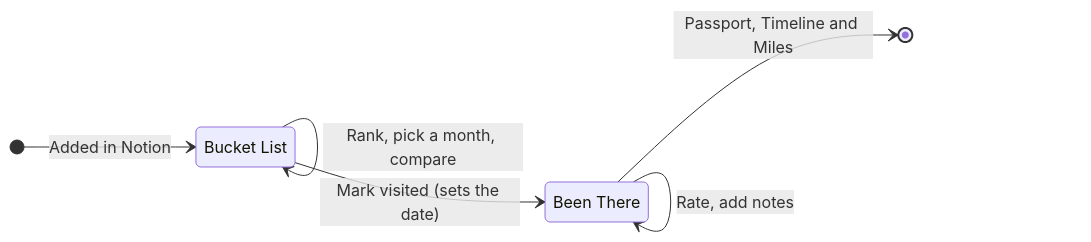
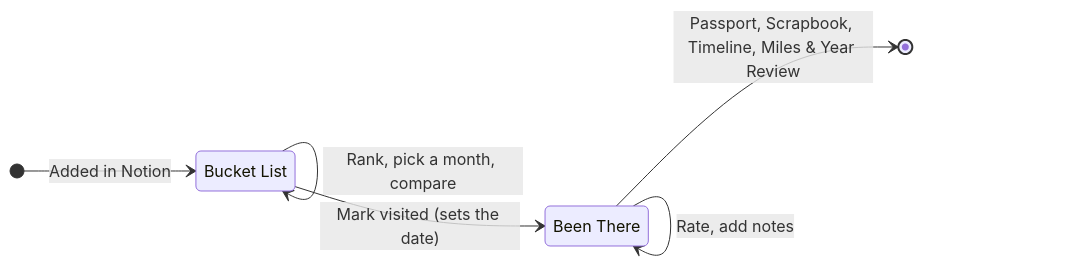
The second of 3 diagrams in README.md (jlthompson96/Travel_Tracker), drawn with Mermaid before and after one commit. The commit also changed other lines of this file and 21 other files, not shown here.

````diff
--- a/README.md
+++ b/README.md
@@ -43,11 +45,11 @@
 ```mermaid
 stateDiagram-v2
     direction LR
     [*] --> BucketList: Added in Notion
     BucketList: Bucket List
     BucketList --> BucketList: Rank, pick a month, compare
     BucketList --> BeenThere: Mark visited (sets the date)
     BeenThere: Been There
     BeenThere --> BeenThere: Rate, add notes
-    BeenThere --> [*]: Passport, Timeline and Miles
+    BeenThere --> [*]: Passport, Scrapbook, Timeline, Miles & Year Review
 ```
````
